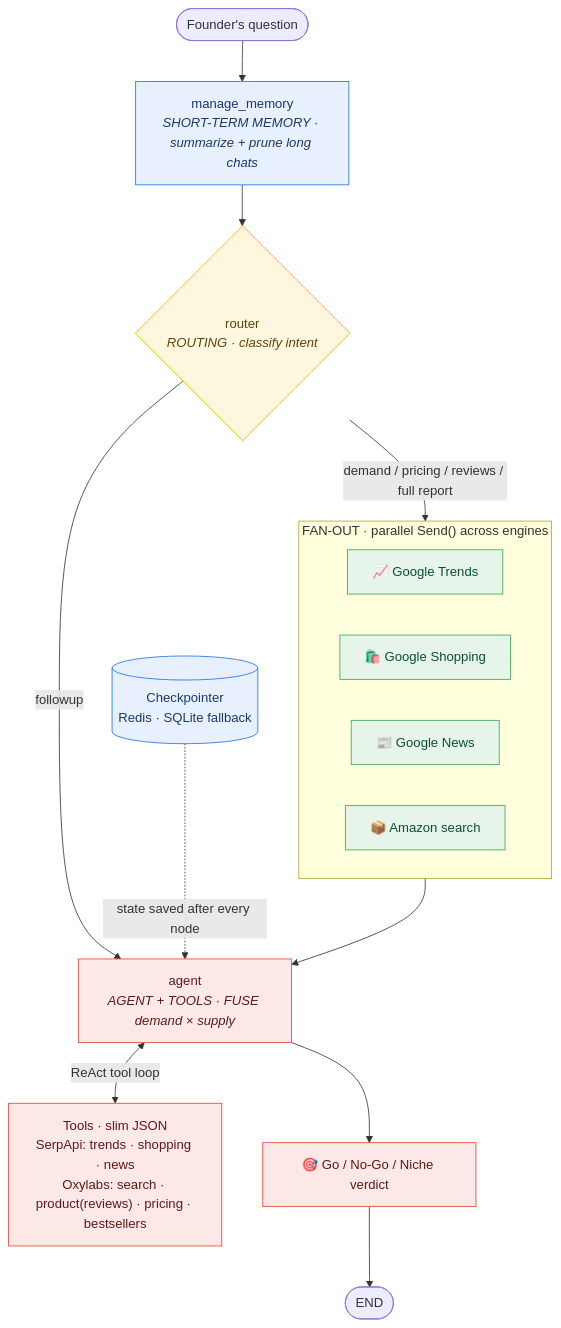
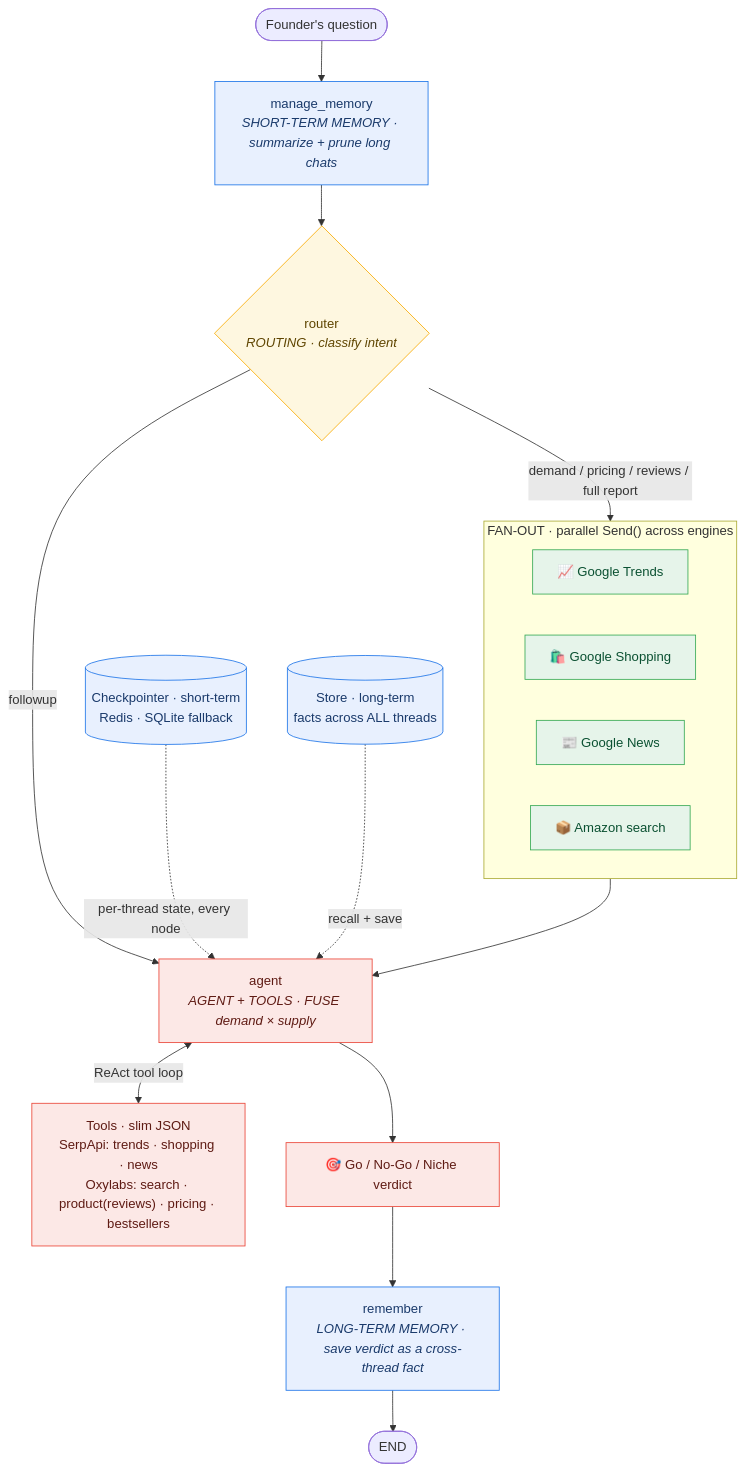
Before and after one commit to Shivanilarokar/Launch_lens_Langgraph-Agent: the diagram in README.md, drawn with Mermaid. The commit also changed other lines of this file and 6 other files, not shown here.

First line of the commit message:
Add long-term cross-thread memory via LangGraph Store (bonus +4)

````diff
--- a/README.md
+++ b/README.md
@@ -25,27 +25,29 @@
 ```mermaid
 flowchart TD
     U([Founder's question]) --> MM
     MM["manage_memory<br/><i>SHORT-TERM MEMORY · summarize + prune long chats</i>"]:::mem --> R
     R{"router<br/><i>ROUTING · classify intent</i>"}:::route
     R -->|followup| AG
     R -->|"demand / pricing / reviews / full report"| FO
 
     subgraph FO["FAN-OUT · parallel Send() across engines"]
       direction LR
       WT["📈 Google Trends"]:::fan
       WS["🛍️ Google Shopping"]:::fan
       WN["📰 Google News"]:::fan
       WA["📦 Amazon search"]:::fan
     end
     FO --> AG
 
     AG["agent<br/><i>AGENT + TOOLS · FUSE demand × supply</i>"]:::agent
     AG <-->|ReAct tool loop| TL["Tools · slim JSON<br/>SerpApi: trends · shopping · news<br/>Oxylabs: search · product(reviews) · pricing · bestsellers"]:::agent
-    AG --> V["🎯 Go / No-Go / Niche verdict"]:::agent --> E([END])
-    CP[("Checkpointer<br/>Redis · SQLite fallback")]:::mem -.->|state saved after every node| AG
+    AG --> V["🎯 Go / No-Go / Niche verdict"]:::agent --> RM
+    RM["remember<br/><i>LONG-TERM MEMORY · save verdict as a cross-thread fact</i>"]:::mem --> E([END])
+    CP[("Checkpointer · short-term<br/>Redis · SQLite fallback")]:::mem -.->|per-thread state, every node| AG
+    LT[("Store · long-term<br/>facts across ALL threads")]:::mem -.->|recall + save| AG
 
     classDef mem fill:#e8f0fe,stroke:#1a73e8,color:#1a3a6b;
     classDef route fill:#fef7e0,stroke:#f9ab00,color:#5f4500;
     classDef fan fill:#e6f4ea,stroke:#34a853,color:#0b5132;
     classDef agent fill:#fce8e6,stroke:#ea4335,color:#5f1b14;
 ```
````
